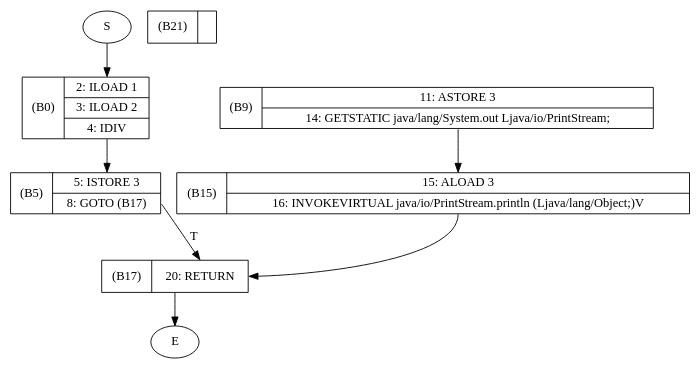
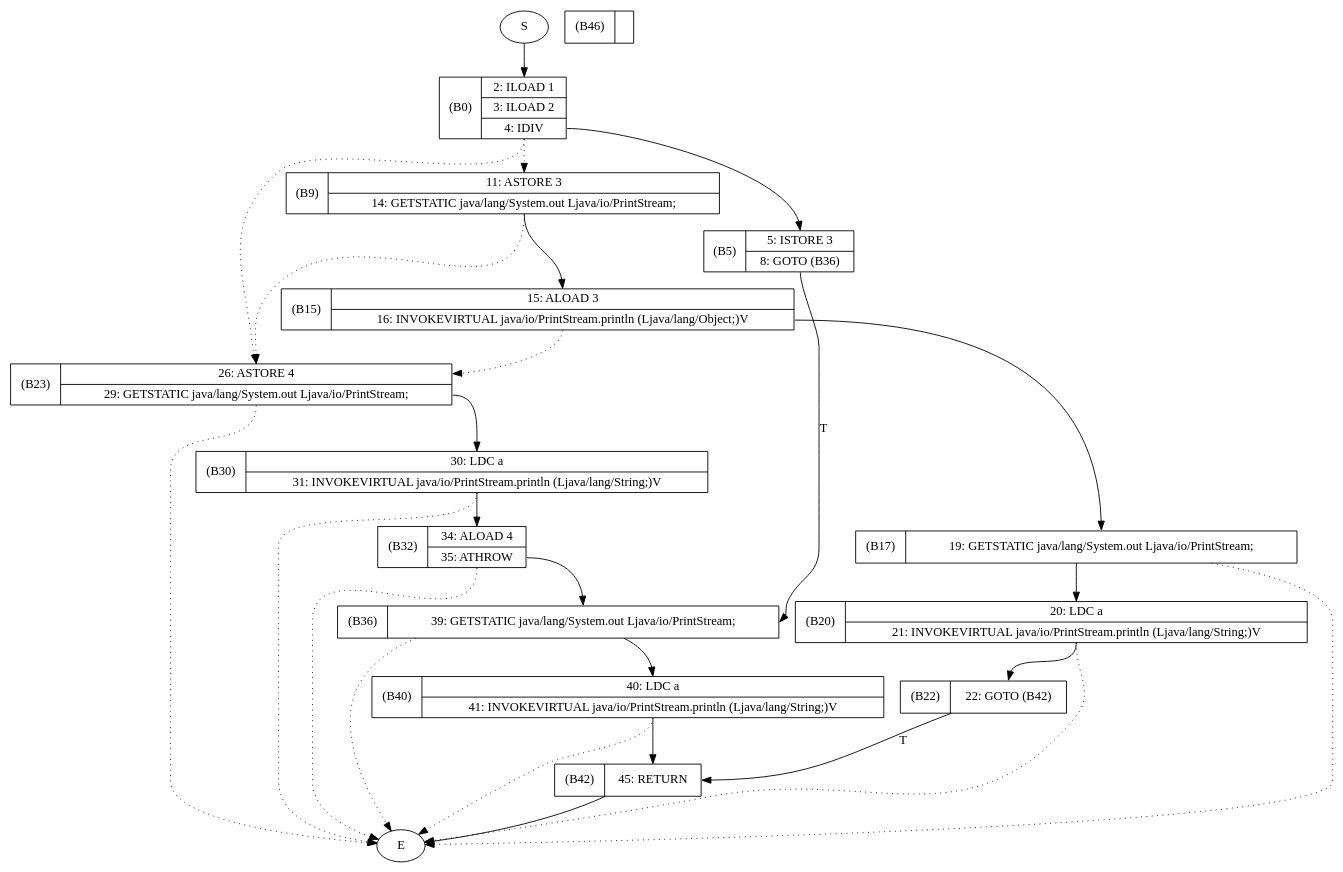
The diagram in ExampleClass_catchOne.gv (giacomo-dr/SpLab05), drawn with Graphviz before and after one commit. The commit also changed 4 other files, not shown here.

```diff
--- a/ExampleClass_catchOne.gv
+++ b/ExampleClass_catchOne.gv
@@ -1,41 +1,111 @@
 digraph ExampleClass_catchOne {
 	node [shape=record]
 	S [label="S", shape=ellipse]
 	S:<bottom> -> B0:<top> [label=""]
 
 	B0 [
 		label="\(B0\) | { <top> 2: ILOAD 1 |3: ILOAD 2 | <bottom> 4: IDIV  }"
 		]
 
+	B0:<bottom> -> B23:<top> [style=dotted]
+
 	B0:<bottom> -> B5:<top> [label=""]
 
-	B17 [
-		label="\(B17\) | { <top> 20: RETURN  }"
+	B0:<bottom> -> B9:<top> [style=dotted]
+
+	B32 [
+		label="\(B32\) | { <top> 34: ALOAD 4 | <bottom> 35: ATHROW  }"
 		]
 
-	B17:<bottom> -> E:<top> [label=""]
+	B32:<bottom> -> B36:<top> [label=""]
+
+	B32:<bottom> -> E:<top> [style=dotted]
+
+	B36 [
+		label="\(B36\) | { <top> 39: GETSTATIC java/lang/System.out Ljava/io/PrintStream; }"
+		]
+
+	B36:<bottom> -> E:<top> [style=dotted]
+
+	B36:<bottom> -> B40:<top> [label=""]
 
 	B5 [
-		label="\(B5\) | { <top> 5: ISTORE 3 | <bottom> 8: GOTO (B17) }"
+		label="\(B5\) | { <top> 5: ISTORE 3 | <bottom> 8: GOTO (B36) }"
 		]
 
-	B5:<bottom> -> B17:<top> [label="T"]
+	B5:<bottom> -> B36:<top> [label="T"]
 
-	B21 [
-		label="\(B21\) | { <top>  }"
+	B40 [
+		label="\(B40\) | { <top> 40: LDC a | <bottom> 41: INVOKEVIRTUAL java/io/PrintStream.println (Ljava/lang/String;)V }"
 		]
 
-	E [label="E", shape=ellipse]
+	B40:<bottom> -> B42:<top> [label=""]
+
+	B40:<bottom> -> E:<top> [style=dotted]
+
 	B9 [
 		label="\(B9\) | { <top> 11: ASTORE 3 | <bottom> 14: GETSTATIC java/lang/System.out Ljava/io/PrintStream; }"
 		]
 
+	B9:<bottom> -> B23:<top> [style=dotted]
+
 	B9:<bottom> -> B15:<top> [label=""]
 
+	B42 [
+		label="\(B42\) | { <top> 45: RETURN  }"
+		]
+
+	B42:<bottom> -> E:<top> [label=""]
+
+	B46 [
+		label="\(B46\) | { <top>  }"
+		]
+
+	E [label="E", shape=ellipse]
 	B15 [
 		label="\(B15\) | { <top> 15: ALOAD 3 | <bottom> 16: INVOKEVIRTUAL java/io/PrintStream.println (Ljava/lang/Object;)V }"
 		]
 
+	B15:<bottom> -> B23:<top> [style=dotted]
+
 	B15:<bottom> -> B17:<top> [label=""]
 
+	B17 [
+		label="\(B17\) | { <top> 19: GETSTATIC java/lang/System.out Ljava/io/PrintStream; }"
+		]
+
+	B17:<bottom> -> E:<top> [style=dotted]
+
+	B17:<bottom> -> B20:<top> [label=""]
+
+	B20 [
+		label="\(B20\) | { <top> 20: LDC a | <bottom> 21: INVOKEVIRTUAL java/io/PrintStream.println (Ljava/lang/String;)V }"
+		]
+
+	B20:<bottom> -> B22:<top> [label=""]
+
+	B20:<bottom> -> E:<top> [style=dotted]
+
+	B22 [
+		label="\(B22\) | { <top> 22: GOTO (B42) }"
+		]
+
+	B22:<bottom> -> B42:<top> [label="T"]
+
+	B23 [
+		label="\(B23\) | { <top> 26: ASTORE 4 | <bottom> 29: GETSTATIC java/lang/System.out Ljava/io/PrintStream; }"
+		]
+
+	B23:<bottom> -> B30:<top> [label=""]
+
+	B23:<bottom> -> E:<top> [style=dotted]
+
+	B30 [
+		label="\(B30\) | { <top> 30: LDC a | <bottom> 31: INVOKEVIRTUAL java/io/PrintStream.println (Ljava/lang/String;)V }"
+		]
+
+	B30:<bottom> -> E:<top> [style=dotted]
+
+	B30:<bottom> -> B32:<top> [label=""]
+
 }
```
